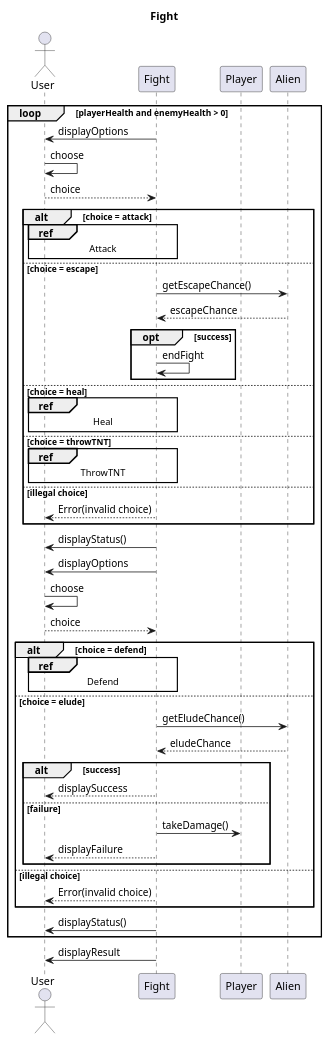
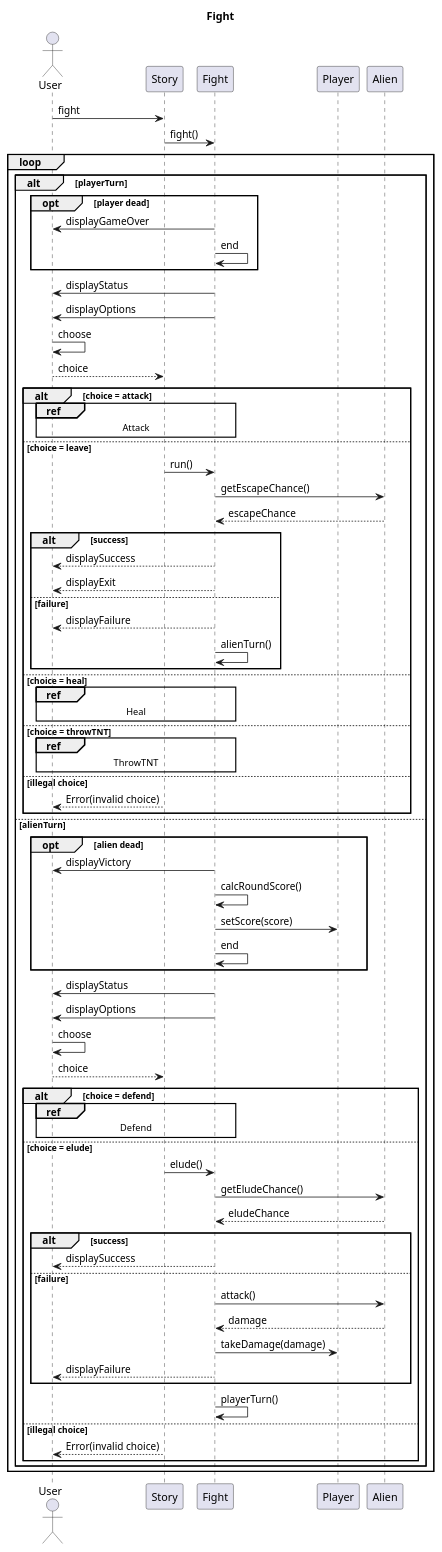
Before and after one commit to EDIDS/EDIDS_Proj: the diagram in src/main/java/com/extraction/uml/uml diagrams/Internal Sequence Diagrams/Fight.puml, drawn with PlantUML. The commit also changed 12 other files, not shown here.

Commit message:
Almost finished diagrams.

```diff
--- a/src/main/java/com/extraction/uml/uml diagrams/Internal Sequence Diagrams/Fight.puml
+++ b/src/main/java/com/extraction/uml/uml diagrams/Internal Sequence Diagrams/Fight.puml
@@ -1,51 +1,75 @@
 @startuml
 
 title Fight
 
 actor User
+participant Story
 participant Fight
 participant Player
 participant Alien
 
-loop playerHealth and enemyHealth > 0
+User -> Story : fight
+Story -> Fight : fight()
+loop
+alt playerTurn
+    opt player dead
+        Fight -> User : displayGameOver
+        Fight -> Fight : end
+    end
+    Fight -> User : displayStatus
     Fight -> User : displayOptions
     User -> User : choose
-    User --> Fight : choice
+    User --> Story : choice
     alt choice = attack
         ref over User, Fight : Attack
-    else choice = escape
+    else choice = leave
+        Story -> Fight : run()
         Fight -> Alien : getEscapeChance()
         return escapeChance
-        opt success
-            Fight -> Fight : endFight
+        alt success
+            Fight --> User : displaySuccess
+            Fight --> User : displayExit
+         else failure
+            Fight --> User : displayFailure
+            Fight -> Fight : alienTurn()
         end
     else choice = heal
         ref over User, Fight : Heal
     else choice = throwTNT
         ref over User, Fight : ThrowTNT
     else illegal choice
-        Fight --> User : Error(invalid choice)
+        Story --> User : Error(invalid choice)
     end
-    Fight -> User : displayStatus()
+else alienTurn
+    opt alien dead
+        Fight -> User : displayVictory
+        Fight -> Fight : calcRoundScore()
+        Fight -> Player : setScore(score)
+        Fight -> Fight : end
+    end
+    Fight -> User : displayStatus
     Fight -> User : displayOptions
         User -> User : choose
-        User --> Fight : choice
+        User --> Story : choice
         alt choice = defend
             ref over User, Fight : Defend
         else choice = elude
+            Story -> Fight : elude()
             Fight -> Alien : getEludeChance()
             return eludeChance
             alt success
                 Fight --> User : displaySuccess
             else failure
-                Fight -> Player : takeDamage()
+                Fight -> Alien :attack()
+                return damage
+                Fight -> Player : takeDamage(damage)
                 Fight --> User : displayFailure
             end
+            Fight -> Fight : playerTurn()
         else illegal choice
-            Fight --> User : Error(invalid choice)
+            Story --> User : Error(invalid choice)
         end
-    Fight -> User : displayStatus()
 end
-Fight -> User : displayResult
+end
 
 @enduml
```
